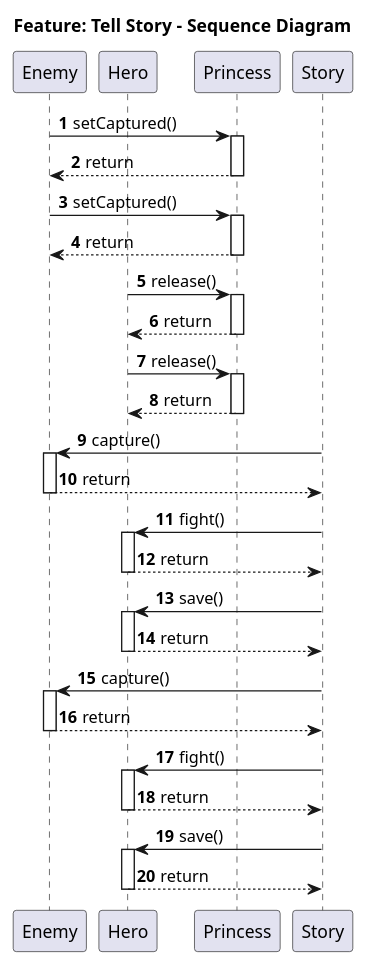
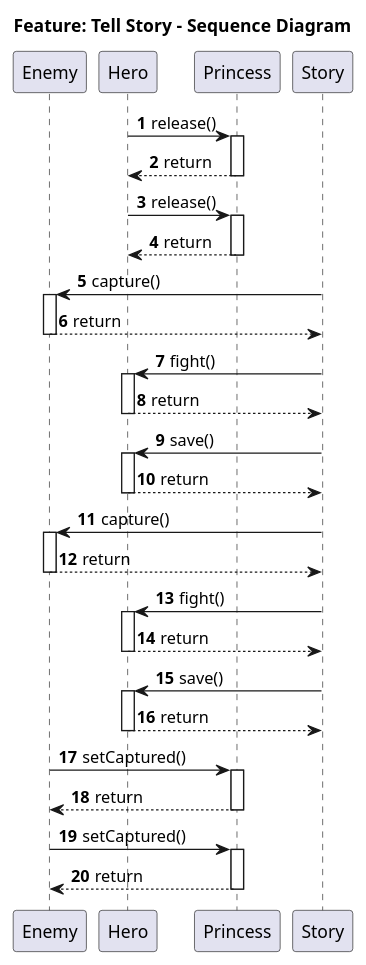
One commit to Adityarane012/UMLRev---SE-Project changed the diagram in output/tell_story_sequence.puml. Above: the diagram before and after it, drawn with PlantUML. The commit also changed other lines of this file and 77 other files, not shown here.

```diff
--- a/output/tell_story_sequence.puml
+++ b/output/tell_story_sequence.puml
@@ -1,48 +1,48 @@
 @startuml
 title Feature: Tell Story - Sequence Diagram
 autonumber
 participant Enemy
 participant Hero
 participant Princess
 participant Story
-Enemy -> Princess: setCaptured()
-activate Princess
-Princess --> Enemy: return
-deactivate Princess
-Enemy -> Princess: setCaptured()
-activate Princess
-Princess --> Enemy: return
-deactivate Princess
 Hero -> Princess: release()
 activate Princess
 Princess --> Hero: return
 deactivate Princess
 Hero -> Princess: release()
 activate Princess
 Princess --> Hero: return
 deactivate Princess
 Story -> Enemy: capture()
 activate Enemy
 Enemy --> Story: return
 deactivate Enemy
 Story -> Hero: fight()
 activate Hero
 Hero --> Story: return
 deactivate Hero
 Story -> Hero: save()
 activate Hero
 Hero --> Story: return
 deactivate Hero
 Story -> Enemy: capture()
 activate Enemy
 Enemy --> Story: return
 deactivate Enemy
 Story -> Hero: fight()
 activate Hero
 Hero --> Story: return
 deactivate Hero
 Story -> Hero: save()
 activate Hero
 Hero --> Story: return
 deactivate Hero
+Enemy -> Princess: setCaptured()
+activate Princess
+Princess --> Enemy: return
+deactivate Princess
+Enemy -> Princess: setCaptured()
+activate Princess
+Princess --> Enemy: return
+deactivate Princess
 @enduml
```
